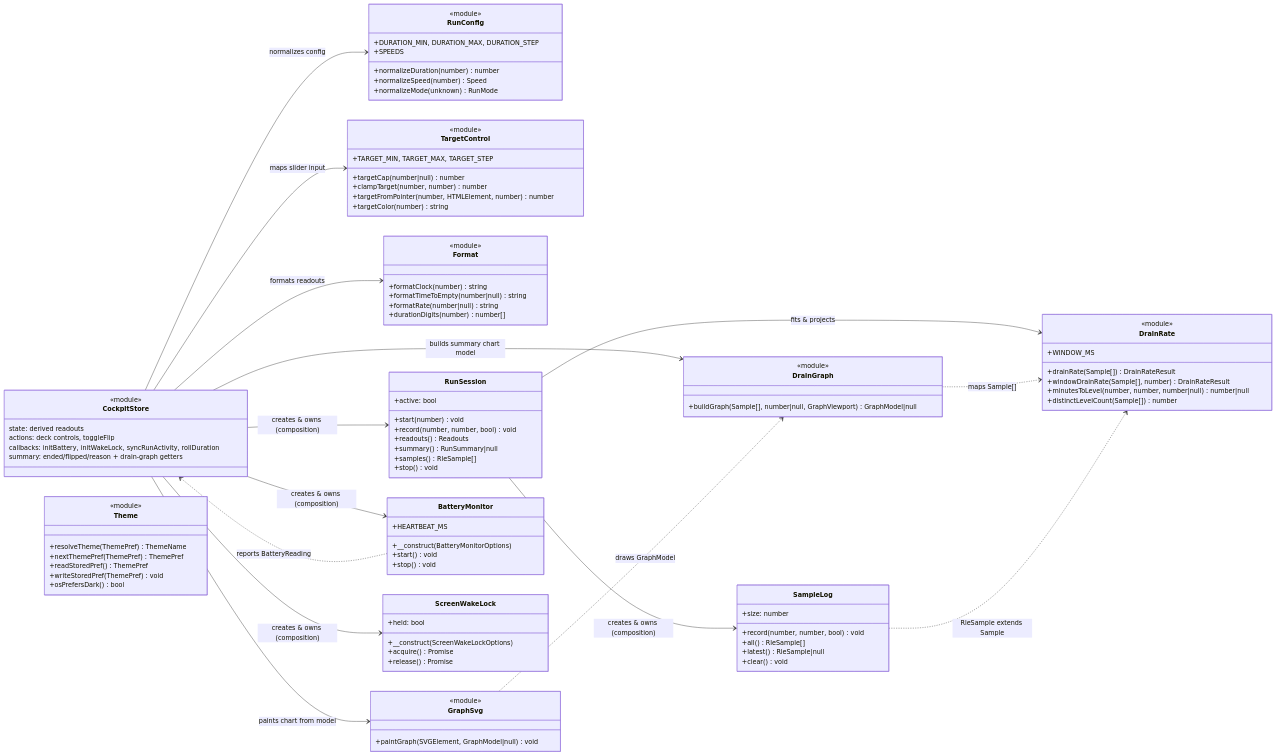
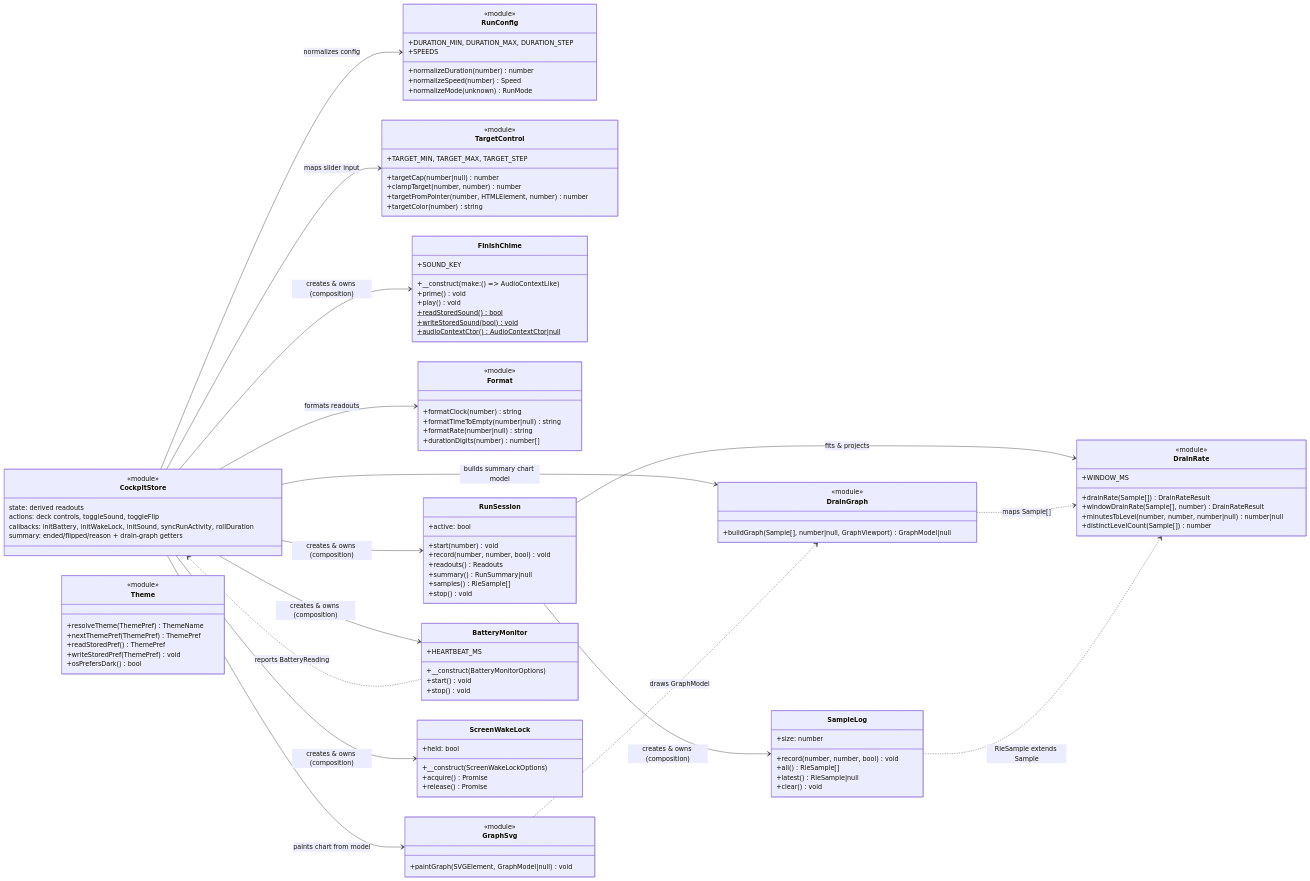
One commit to erdembircan/battery-surf-bench changed the diagram in docs/contracts/cockpit-frontend-modules.mmd. Above: the diagram before and after it, drawn with Mermaid. The commit also changed 11 other files, not shown here.

First line of the commit message:
[FEAT]: sound a chime when a run ends naturally

```diff
--- a/docs/contracts/cockpit-frontend-modules.mmd
+++ b/docs/contracts/cockpit-frontend-modules.mmd
@@ -1,118 +1,129 @@
 %% Cockpit front-end modules — contract chart.
 %% The client side of the `bsb/cockpit` block: the Interactivity store and the
 %% focused domains it delegates to. Function-only modules are marked
 %% <<module>>; the rest are classes. Only the public (exported) surface is shown.
 classDiagram
     direction LR
 
     class CockpitStore {
         <<module>>
         state: derived readouts
-        actions: deck controls, toggleFlip
-        callbacks: initBattery, initWakeLock, syncRunActivity, rollDuration
+        actions: deck controls, toggleSound, toggleFlip
+        callbacks: initBattery, initWakeLock, initSound, syncRunActivity, rollDuration
         summary: ended/flipped/reason + drain-graph getters
     }
 
     class RunConfig {
         <<module>>
         +normalizeDuration(number) number
         +normalizeSpeed(number) Speed
         +normalizeMode(unknown) RunMode
         +DURATION_MIN, DURATION_MAX, DURATION_STEP
         +SPEEDS
     }
 
     class TargetControl {
         <<module>>
         +targetCap(number|null) number
         +clampTarget(number, number) number
         +targetFromPointer(number, HTMLElement, number) number
         +targetColor(number) string
         +TARGET_MIN, TARGET_MAX, TARGET_STEP
     }
 
     %% Dark mode is disabled: the Theme module is retained in the codebase but
     %% intentionally unwired — the store no longer imports it, so the cockpit
     %% renders the light palette only and nothing reads/writes the stored pref.
     class Theme {
         <<module>>
         +resolveTheme(ThemePref) ThemeName
         +nextThemePref(ThemePref) ThemePref
         +readStoredPref() ThemePref
         +writeStoredPref(ThemePref) void
         +osPrefersDark() bool
+    }
+
+    class FinishChime {
+        +__construct(make: () =&gt; AudioContextLike)
+        +prime() void
+        +play() void
+        +readStoredSound()$ bool
+        +writeStoredSound(bool)$ void
+        +audioContextCtor()$ AudioContextCtor|null
+        +SOUND_KEY
     }
 
     class Format {
         <<module>>
         +formatClock(number) string
         +formatTimeToEmpty(number|null) string
         +formatRate(number|null) string
         +durationDigits(number) number[]
     }
 
     class DrainRate {
         <<module>>
         +drainRate(Sample[]) DrainRateResult
         +windowDrainRate(Sample[], number) DrainRateResult
         +minutesToLevel(number, number, number|null) number|null
         +distinctLevelCount(Sample[]) number
         +WINDOW_MS
     }
 
     class DrainGraph {
         <<module>>
         +buildGraph(Sample[], number|null, GraphViewport) GraphModel|null
     }
 
     class GraphSvg {
         <<module>>
         +paintGraph(SVGElement, GraphModel|null) void
     }
 
     class SampleLog {
         +record(number, number, bool) void
         +all() RleSample[]
         +latest() RleSample|null
         +size: number
         +clear() void
     }
 
     class RunSession {
         +start(number) void
         +active: bool
         +record(number, number, bool) void
         +readouts() Readouts
         +summary() RunSummary|null
         +samples() RleSample[]
         +stop() void
     }
 
     class BatteryMonitor {
         +__construct(BatteryMonitorOptions)
         +start() void
         +stop() void
         +HEARTBEAT_MS
     }
 
     class ScreenWakeLock {
         +__construct(ScreenWakeLockOptions)
         +acquire() Promise
         +release() Promise
         +held: bool
     }
 
     CockpitStore --> RunConfig : normalizes config
     CockpitStore --> TargetControl : maps slider input
     CockpitStore --> Format : formats readouts
     CockpitStore --> BatteryMonitor : creates & owns (composition)
     CockpitStore --> ScreenWakeLock : creates & owns (composition)
     CockpitStore --> RunSession : creates & owns (composition)
+    CockpitStore --> FinishChime : creates & owns (composition)
     BatteryMonitor ..> CockpitStore : reports BatteryReading
     CockpitStore --> DrainGraph : builds summary chart model
     CockpitStore --> GraphSvg : paints chart from model
     GraphSvg ..> DrainGraph : draws GraphModel
     RunSession --> SampleLog : creates & owns (composition)
     RunSession --> DrainRate : fits & projects
     DrainGraph ..> DrainRate : maps Sample[]
     SampleLog ..> DrainRate : RleSample extends Sample
```
